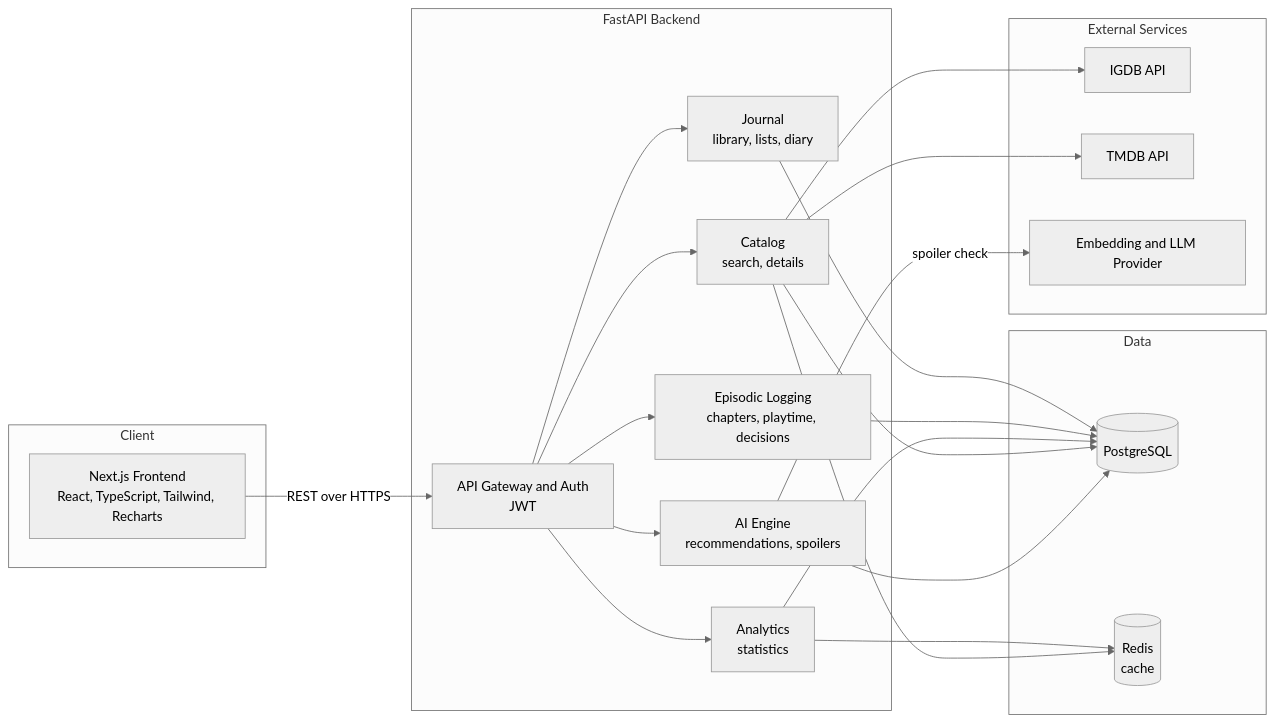
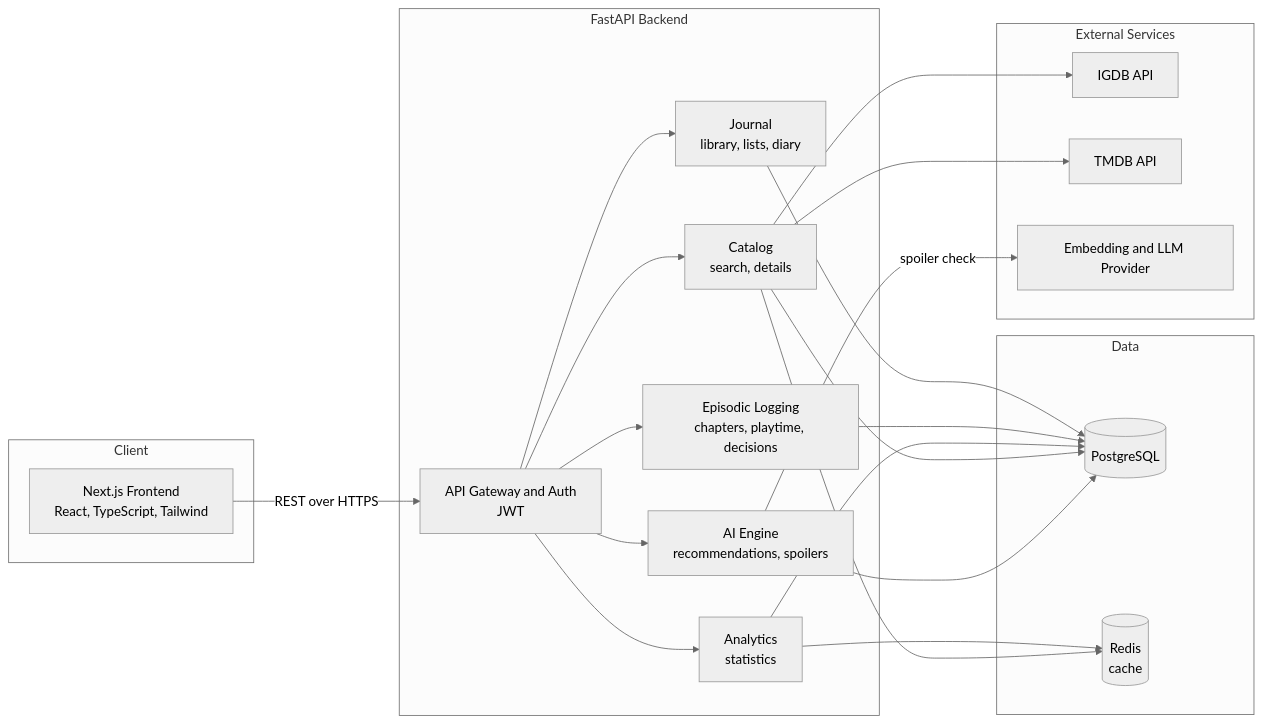
The diagram in README.md (metezd/OmniLog), drawn with Mermaid (neutral theme) before and after one commit. The commit also changed other lines of this file and 6 other files, not shown here.

````diff
--- a/README.md
+++ b/README.md
@@ -25,45 +25,45 @@
 ```mermaid
 flowchart LR
     subgraph Client
-        UI["Next.js Frontend<br/>React, TypeScript, Tailwind, Recharts"]
+        UI["Next.js Frontend<br/>React, TypeScript, Tailwind"]
     end
 
     subgraph Backend["FastAPI Backend"]
         GW["API Gateway and Auth<br/>JWT"]
         J["Journal<br/>library, lists, diary"]
         C["Catalog<br/>search, details"]
         E["Episodic Logging<br/>chapters, playtime, decisions"]
         AI["AI Engine<br/>recommendations, spoilers"]
         S["Analytics<br/>statistics"]
     end
 
     subgraph Data
         PG[("PostgreSQL")]
         R[("Redis<br/>cache")]
     end
 
     subgraph External["External Services"]
         IGDB["IGDB API"]
         TMDB["TMDB API"]
         EMB["Embedding and LLM Provider"]
     end
 
     UI -->|"REST over HTTPS"| GW
     GW --> J
     GW --> C
     GW --> E
     GW --> AI
     GW --> S
 
     J --> PG
     E --> PG
     S --> PG
     S --> R
     C --> PG
     C --> R
     AI --> PG
 
     C --> IGDB
     C --> TMDB
     AI -->|"spoiler check"| EMB
 ```
````
